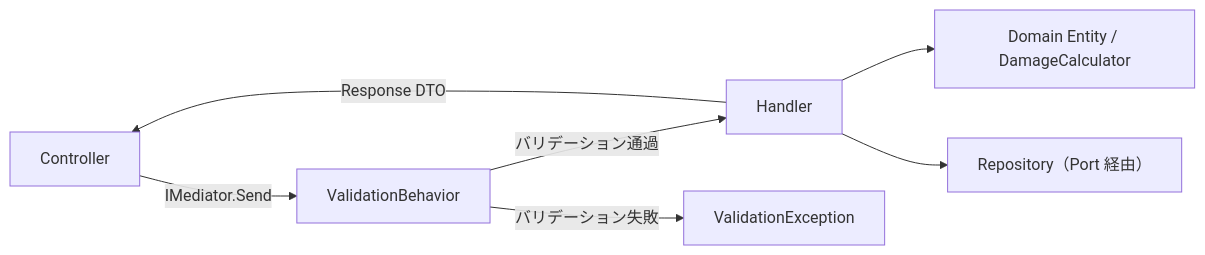
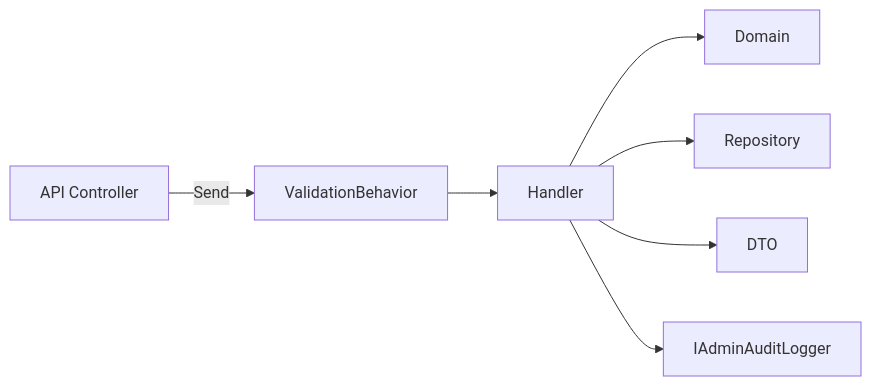
Before and after one commit to p-o-ke-nae/pokemondamagecalculatorforstory: the diagram in docs/design/cqrs-handlers.md, drawn with Mermaid. The commit also changed other lines of this file and 53 other files, not shown here.

````diff
--- a/docs/design/cqrs-handlers.md
+++ b/docs/design/cqrs-handlers.md
@@ -25,9 +26,9 @@
 ```mermaid
 flowchart LR
-    Controller -->|IMediator.Send| ValidationBehavior
-    ValidationBehavior -->|バリデーション通過| Handler
-    ValidationBehavior -->|バリデーション失敗| ValidationError["ValidationException"]
-    Handler --> Domain["Domain Entity / DamageCalculator"]
-    Handler --> Repository["Repository（Port 経由）"]
-    Handler -->|Response DTO| Controller
+    Web["API Controller"] -->|Send| ValidationBehavior
+    ValidationBehavior --> Handler
+    Handler --> Domain
+    Handler --> Repository
+    Handler --> DTO
+    Handler --> Audit["IAdminAuditLogger"]
 ```
````
